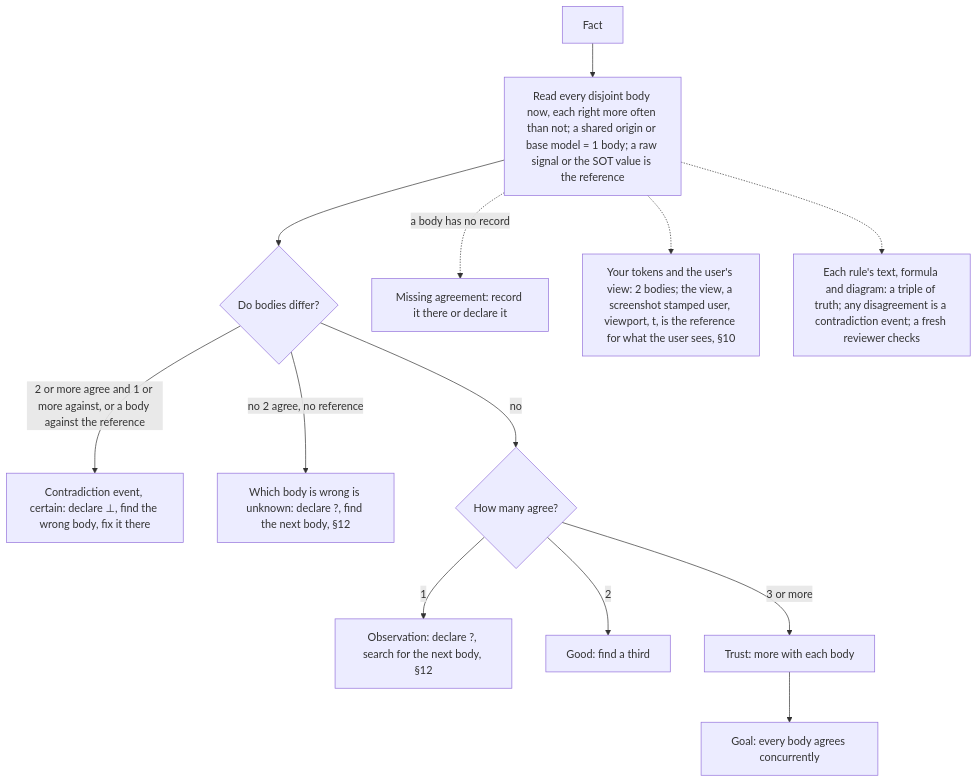
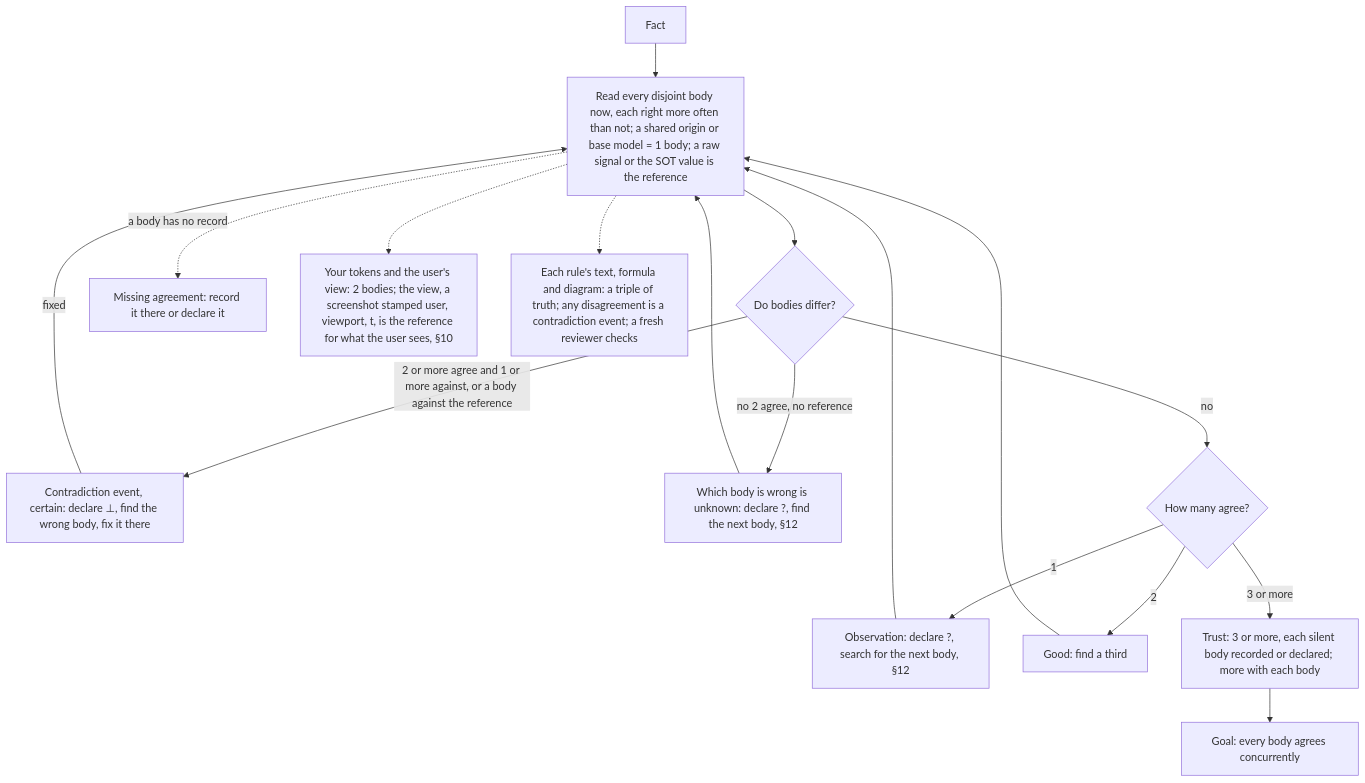
Diagram 14 of 14 in AGENTS.md (SolenixAI/arbiter), drawn with Mermaid before and after one commit. The commit also changed other lines of this file, not shown here.

Commit message:
fix(agents): a doubtful SOT is checked as one body; trust needs silent bodies handled in all three forms; every 'find the next body' path loops back

````diff
--- a/AGENTS.md
+++ b/AGENTS.md
@@ -550,15 +550,15 @@
 ```mermaid
 flowchart TD
   F[Fact] --> B["Read every disjoint body now, each right more often than not; a shared origin or base model = 1 body; a raw signal or the SOT value is the reference"]
   B --> D{Do bodies differ?}
-  D -->|2 or more agree and 1 or more against, or a body against the reference| C["Contradiction event, certain: declare ⊥, find the wrong body, fix it there"]
-  D -->|no 2 agree, no reference| U["Which body is wrong is unknown: declare ?, find the next body, §12"]
+  D -->|2 or more agree and 1 or more against, or a body against the reference| C["Contradiction event, certain: declare ⊥, find the wrong body, fix it there"] -->|fixed| B
+  D -->|no 2 agree, no reference| U["Which body is wrong is unknown: declare ?, find the next body, §12"] --> B
   D -->|no| N{How many agree?}
-  N -->|1| O["Observation: declare ?, search for the next body, §12"]
-  N -->|2| G[Good: find a third]
-  N -->|3 or more| T["Trust: more with each body"]
+  N -->|1| O["Observation: declare ?, search for the next body, §12"] --> B
+  N -->|2| G[Good: find a third] --> B
+  N -->|3 or more| T["Trust: 3 or more, each silent body recorded or declared; more with each body"]
   B -.->|a body has no record| Mi[Missing agreement: record it there or declare it]
   B -.-> TP["Your tokens and the user's view: 2 bodies; the view, a screenshot stamped user, viewport, t, is the reference for what the user sees, §10"]
   B -.-> TR["Each rule's text, formula and diagram: a triple of truth; any disagreement is a contradiction event; a fresh reviewer checks"]
   T --> Goal[Goal: every body agrees concurrently]
 ```
````
